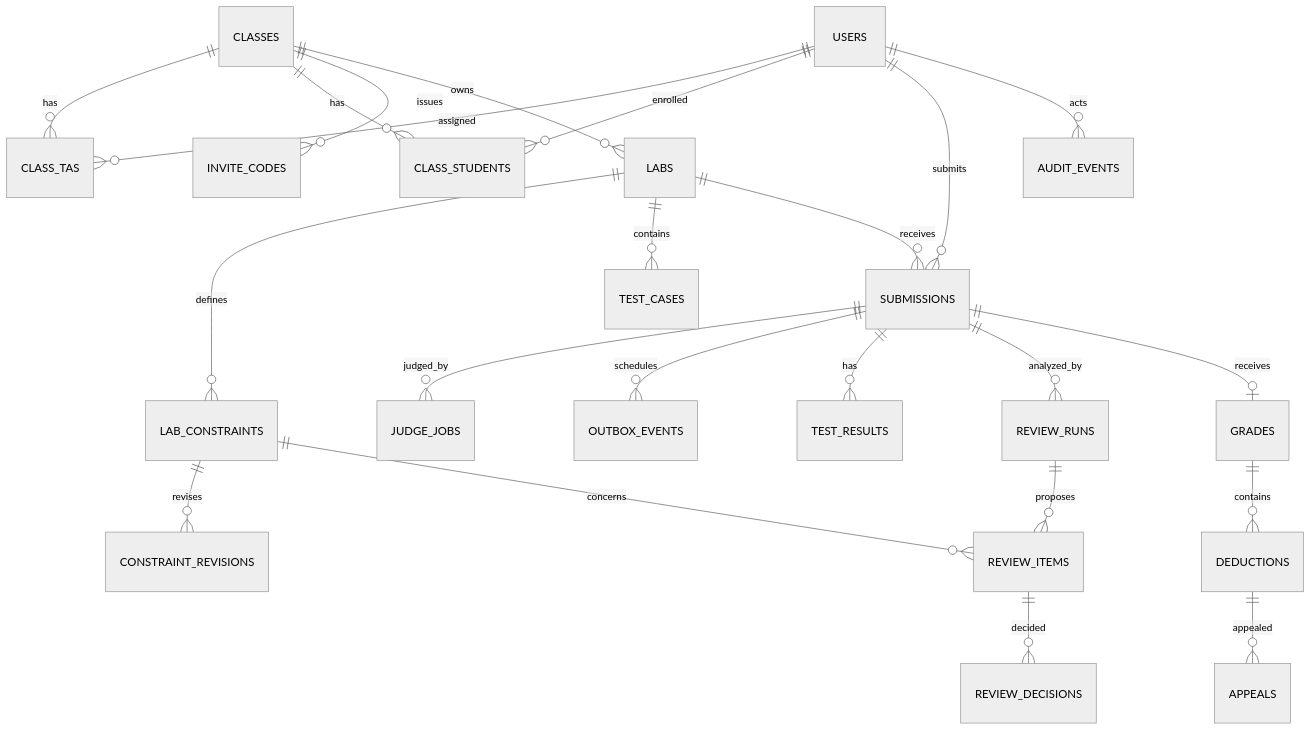
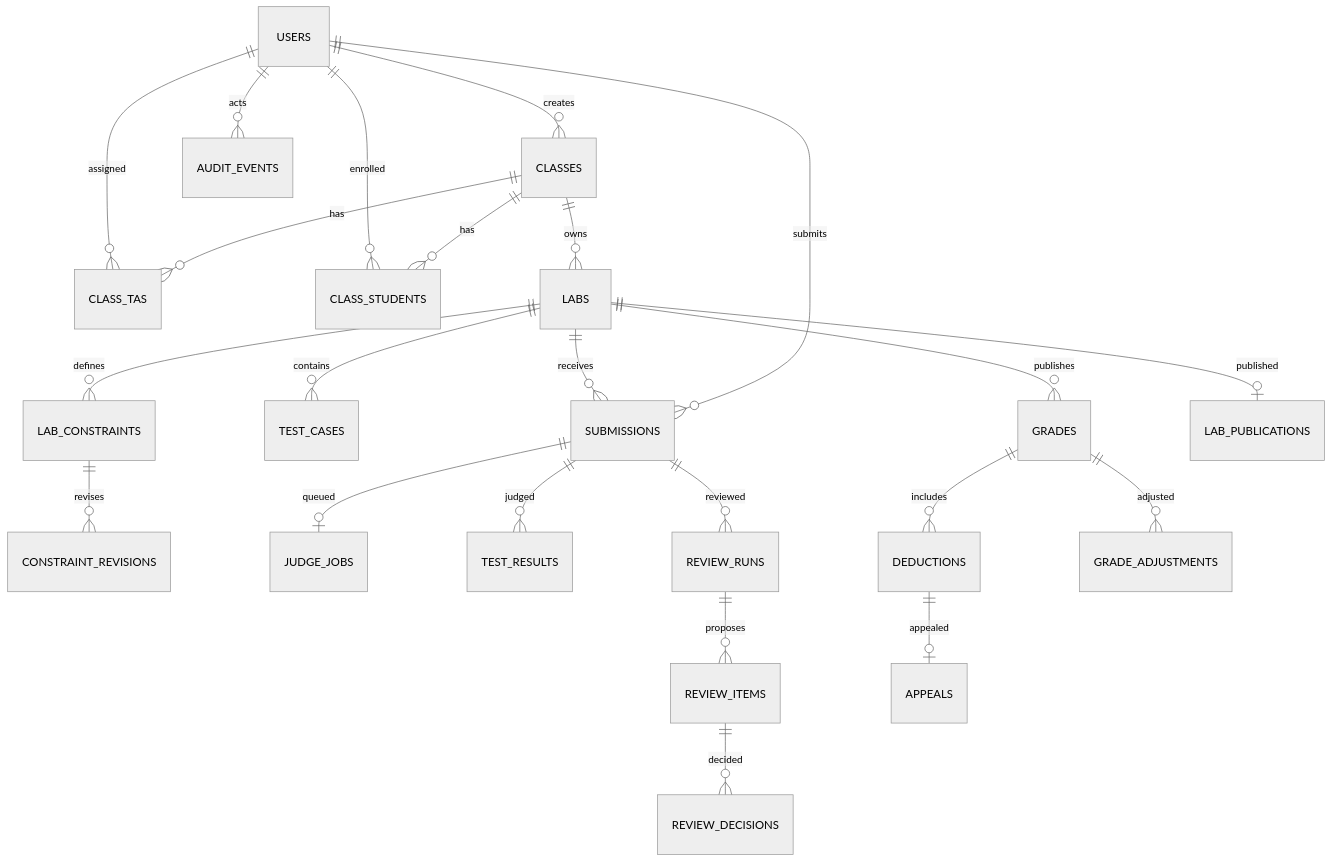
One commit to NichikouGN/awad-LeeTKOB-backend changed the diagram in docs/database/db_design.md. Above: the diagram before and after it, drawn with Mermaid (neutral theme). The commit also changed other lines of this file and 49 other files, not shown here.

````diff
--- a/docs/database/db_design.md
+++ b/docs/database/db_design.md
@@ -11,25 +30,25 @@
 ```mermaid
 erDiagram
+  USERS ||--o{ CLASSES : creates
   USERS ||--o{ CLASS_TAS : assigned
   USERS ||--o{ CLASS_STUDENTS : enrolled
   CLASSES ||--o{ CLASS_TAS : has
   CLASSES ||--o{ CLASS_STUDENTS : has
-  CLASSES ||--o{ INVITE_CODES : issues
   CLASSES ||--o{ LABS : owns
   LABS ||--o{ LAB_CONSTRAINTS : defines
   LAB_CONSTRAINTS ||--o{ CONSTRAINT_REVISIONS : revises
   LABS ||--o{ TEST_CASES : contains
   LABS ||--o{ SUBMISSIONS : receives
   USERS ||--o{ SUBMISSIONS : submits
-  SUBMISSIONS ||--o{ JUDGE_JOBS : judged_by
-  SUBMISSIONS ||--o{ OUTBOX_EVENTS : schedules
-  SUBMISSIONS ||--o{ TEST_RESULTS : has
-  SUBMISSIONS ||--o{ REVIEW_RUNS : analyzed_by
+  SUBMISSIONS ||--o| JUDGE_JOBS : queued
+  SUBMISSIONS ||--o{ TEST_RESULTS : judged
+  SUBMISSIONS ||--o{ REVIEW_RUNS : reviewed
   REVIEW_RUNS ||--o{ REVIEW_ITEMS : proposes
-  LAB_CONSTRAINTS ||--o{ REVIEW_ITEMS : concerns
   REVIEW_ITEMS ||--o{ REVIEW_DECISIONS : decided
-  SUBMISSIONS ||--o| GRADES : receives
-  GRADES ||--o{ DEDUCTIONS : contains
-  DEDUCTIONS ||--o{ APPEALS : appealed
+  LABS ||--o{ GRADES : publishes
+  GRADES ||--o{ DEDUCTIONS : includes
+  DEDUCTIONS ||--o| APPEALS : appealed
+  GRADES ||--o{ GRADE_ADJUSTMENTS : adjusted
+  LABS ||--o| LAB_PUBLICATIONS : published
   USERS ||--o{ AUDIT_EVENTS : acts
 ```
````
